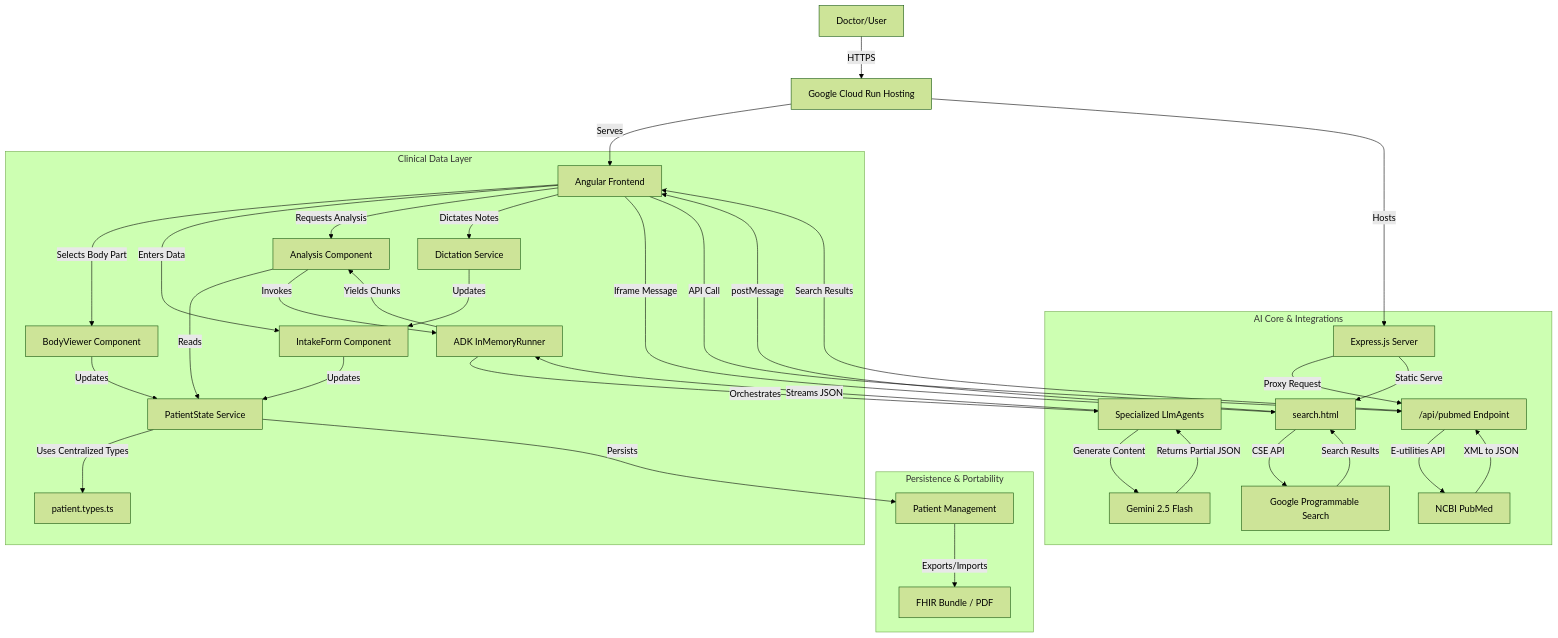
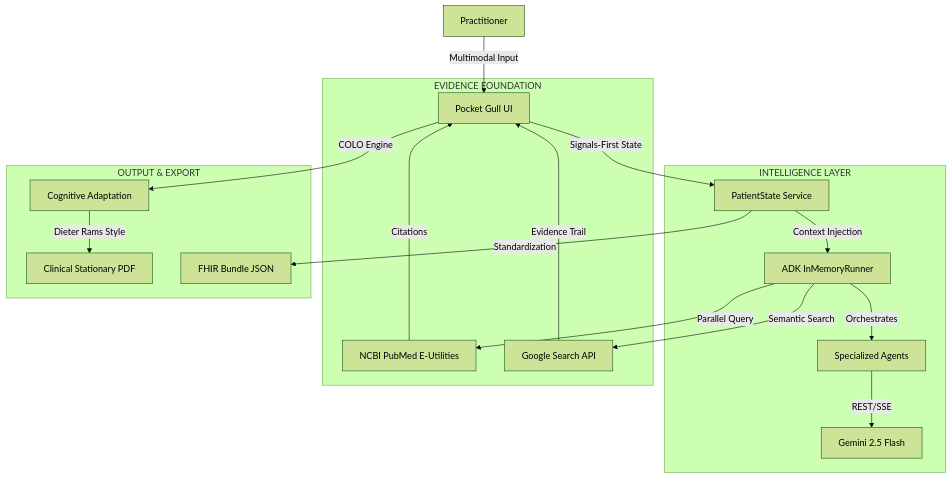
Before and after one commit to philgear/pocketgall: the diagram in README.md, drawn with Mermaid (forest theme). The commit also changed other lines of this file and 32 other files, not shown here.

Commit message:
feat: Add AI image analysis, DICOM viewer integration, and a shopping list feature to the task flow.

````diff
--- a/README.md
+++ b/README.md
@@ -127,45 +49,24 @@
 ```mermaid
 graph TD
-    User[Doctor/User] -->|HTTPS| CloudRun[Google Cloud Run Hosting]
-    CloudRun -->|Serves| UI[Angular Frontend]
-    CloudRun -->|Hosts| Backend[Express.js Server]
+    User[Practitioner] -->|Multimodal Input| UI[Pocket Gull UI]
+    UI -->|Signals-First State| State[PatientState Service]
     
-    subgraph "Clinical Data Layer"
-        UI -->|Selects Body Part| BodyMap[BodyViewer Component]
-        UI -->|Enters Data| Intake[IntakeForm Component]
-        UI -->|Requests Analysis| Analysis[Analysis Component]
-        UI -->|Dictates Notes| Dictation[Dictation Service]
-        
-        BodyMap -->|Updates| State[PatientState Service]
-        Intake -->|Updates| State
-        Dictation -->|Updates| Intake
-        
-        State -->|Uses Centralized Types| Types[patient.types.ts]
-        Analysis -->|Reads| State
-        Analysis -->|Invokes| AdkRunner[ADK InMemoryRunner]
+    subgraph "INTELLIGENCE LAYER"
+        State -->|Context Injection| Adk[ADK InMemoryRunner]
+        Adk -->|Orchestrates| Agents[Specialized Agents]
+        Agents -->|REST/SSE| Gemini[Gemini 2.5 Flash]
     end
 
-    subgraph "Persistence & Portability"
-        State -->|Persists| PM[Patient Management]
-        PM -->|Exports/Imports| FHIR[FHIR Bundle / PDF]
+    subgraph "EVIDENCE FOUNDATION"
+        Adk -->|Parallel Query| PubMed[NCBI PubMed E-Utilities]
+        Adk -->|Semantic Search| GSearch[Google Search API]
+        PubMed -->|Citations| UI
+        GSearch -->|Evidence Trail| UI
     end
-    
-    subgraph "AI Core & Integrations"
-        AdkRunner -->|Orchestrates| Agents[Specialized LlmAgents]
-        Agents -->|Generate Content| Flash[Gemini 2.5 Flash]
-        Backend -->|Proxy Request| PubMedProxy["/api/pubmed Endpoint"]
-        Backend -->|Static Serve| GoogleSearch["search.html"]
-        PubMedProxy -->|E-utilities API| NCBI[NCBI PubMed]
-        GoogleSearch -->|CSE API| Google[Google Programmable Search]
+
+    subgraph "OUTPUT & EXPORT"
+        UI -->|COLO Engine| Translation[Cognitive Adaptation]
+        Translation -->|Dieter Rams Style| PDF[Clinical Stationary PDF]
+        State -->|Standardization| FHIR[FHIR Bundle JSON]
     end
-    
-    UI -->|Iframe Message| GoogleSearch
-    UI -->|API Call| PubMedProxy
-    Flash -->|Returns Partial JSON| Agents
-    Agents -->|Streams JSON| AdkRunner
-    AdkRunner -->|Yields Chunks| Analysis
-    NCBI -->|XML to JSON| PubMedProxy
-    PubMedProxy -->|Search Results| UI
-    Google -->|Search Results| GoogleSearch
-    GoogleSearch -->|postMessage| UI
 ```
````
